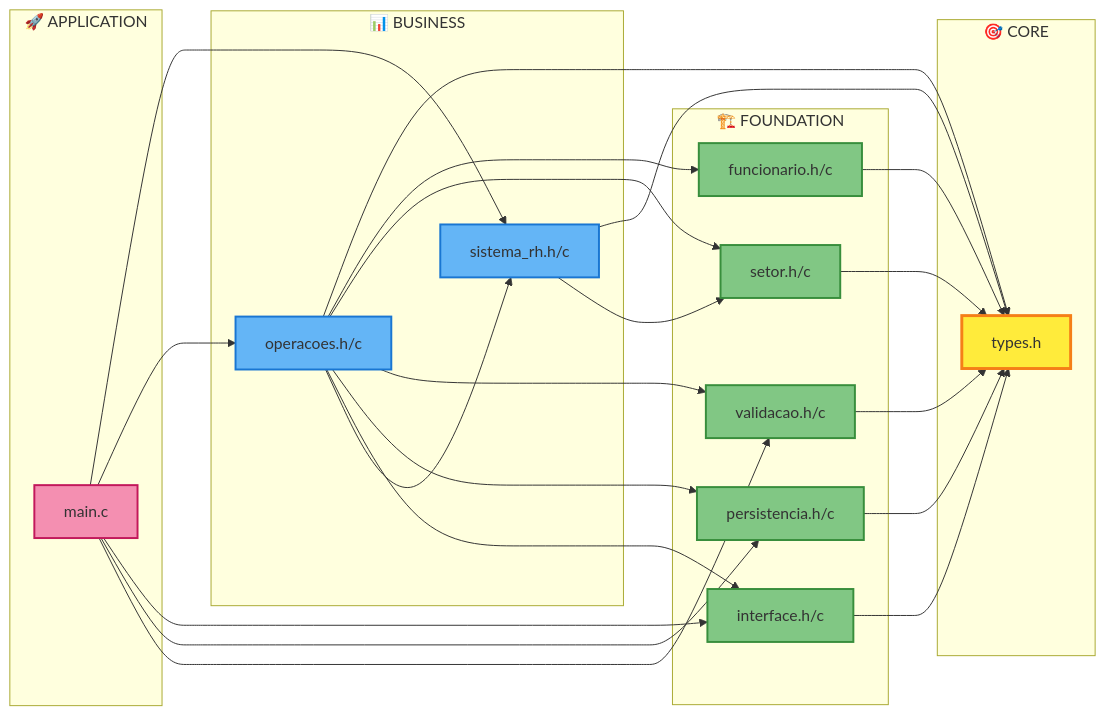
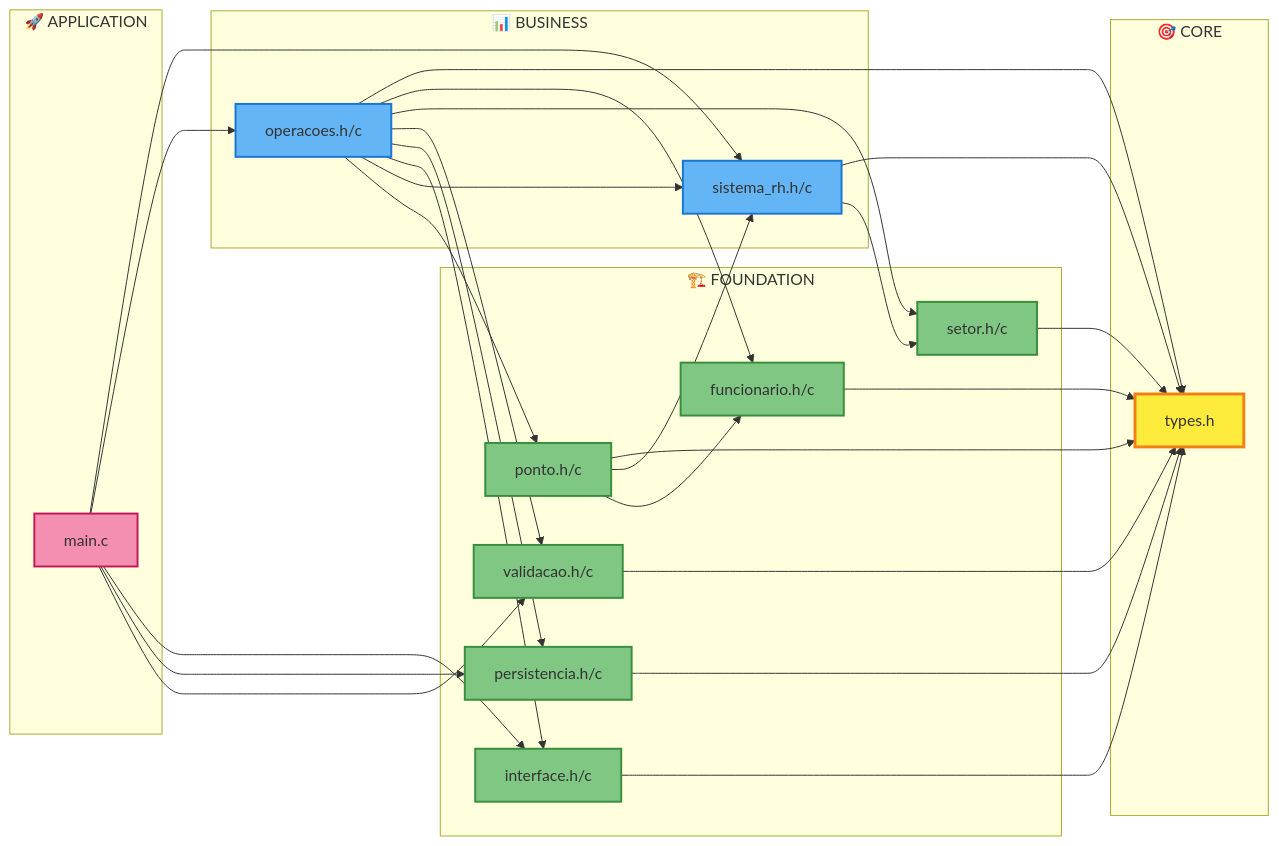
Before and after one commit to karollynecosta/modulo-rh-erp: the fourth of 5 diagrams in ARQUITETURA.md, drawn with Mermaid. The commit also changed other lines of this file and 4 other files, not shown here.

````diff
--- a/ARQUITETURA.md
+++ b/ARQUITETURA.md
@@ -191,58 +260,64 @@
 ```mermaid
 graph LR
     subgraph "🎯 CORE"
         types[types.h]
     end
 
     subgraph "🏗️ FOUNDATION"
         func[funcionario.h/c]
         setor[setor.h/c]
         valid[validacao.h/c]
         persist[persistencia.h/c]
         interface[interface.h/c]
+        ponto[ponto.h/c]
     end
 
     subgraph "📊 BUSINESS"
         sistema[sistema_rh.h/c]
         ops[operacoes.h/c]
     end
 
     subgraph "🚀 APPLICATION"
         main[main.c]
     end
 
     %% Dependências
     func --> types
     setor --> types
     valid --> types
     persist --> types
     interface --> types
+    ponto --> types
     
     sistema --> types
     sistema --> setor
     
     ops --> types
     ops --> func
     ops --> setor
     ops --> valid
     ops --> persist
     ops --> interface
     ops --> sistema
+    ops --> ponto
+    
+    ponto --> sistema
+    ponto --> func
     
     main --> sistema
     main --> ops
     main --> interface
     main --> persist
     main --> valid
 
     %% Estilos
     classDef core fill:#ffeb3b,stroke:#f57f17,stroke-width:3px
     classDef foundation fill:#81c784,stroke:#388e3c,stroke-width:2px
     classDef business fill:#64b5f6,stroke:#1976d2,stroke-width:2px
     classDef application fill:#f48fb1,stroke:#c2185b,stroke-width:2px
 
     class types core
-    class func,setor,valid,persist,interface foundation
+    class func,setor,valid,persist,interface,ponto foundation
     class sistema,ops business
     class main application
 ```
````
